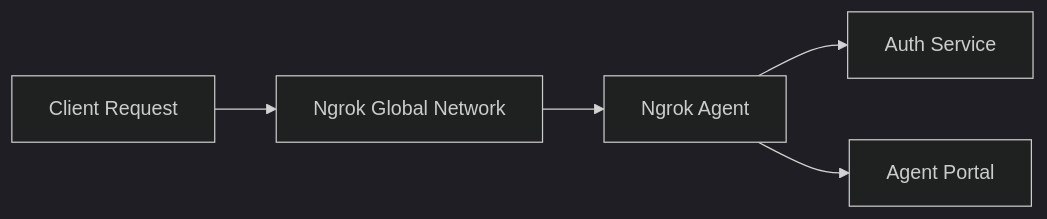
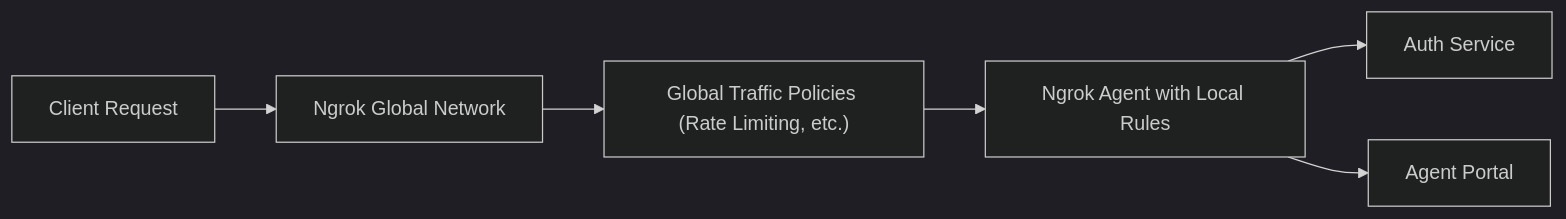
Before and after one commit to ritza-co/ngrok-api-gateway-test-app: the first of 3 diagrams in .ritza/GUIDE.md, drawn with Mermaid (dark theme). The commit also changed other lines of this file, not shown here.

````diff
--- a/.ritza/GUIDE.md
+++ b/.ritza/GUIDE.md
@@ -16,13 +16,15 @@
 ```mermaid
 graph LR
     A[Client Request]
-B[Ngrok Global Network]
-    C[Ngrok Agent]
+    B[Ngrok Global Network]
+    G["Global Traffic Policies (Rate Limiting, etc.)"]
+    C["Ngrok Agent with Local Rules"]
     D[Auth Service]
     E[Agent Portal]
 
     A --> B
-    B --> C
+    B --> G
+    G --> C
     C --> D
     C --> E
 ```
````
